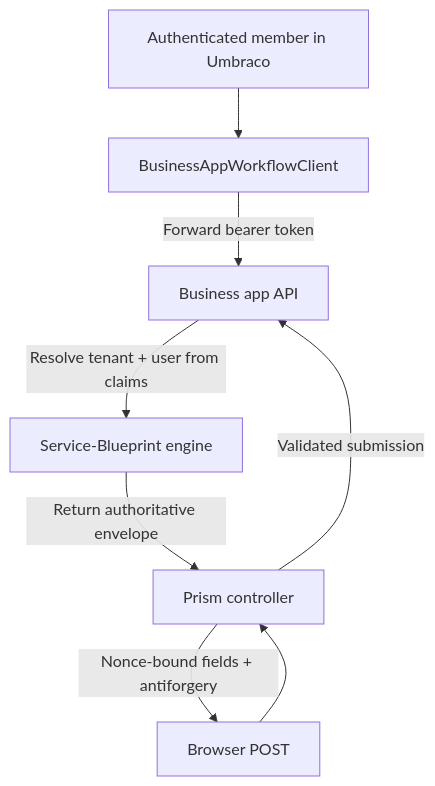
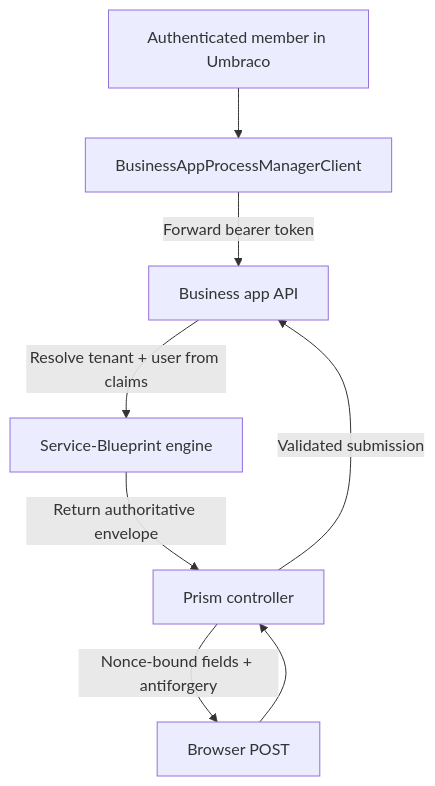
Before and after one commit to jonnymuir/Umbraco.Prism: the diagram in docs/design/service-request-forms-engine-security.md, drawn with Mermaid. The commit also changed other lines of this file and 8 other files, not shown here.

````diff
--- a/docs/design/service-request-forms-engine-security.md
+++ b/docs/design/service-request-forms-engine-security.md
@@ -7,10 +7,10 @@
 ```mermaid
 flowchart TD
-    A[Authenticated member in Umbraco] --> B[BusinessAppWorkflowClient]
+    A[Authenticated member in Umbraco] --> B[BusinessAppProcessManagerClient]
     B -->|Forward bearer token| C[Business app API]
     C -->|Resolve tenant + user from claims| D[Service-Blueprint engine]
     D -->|Return authoritative envelope| E[Prism controller]
     E -->|Nonce-bound fields + antiforgery| F[Browser POST]
     F --> E
     E -->|Validated submission| C
 ```
````
